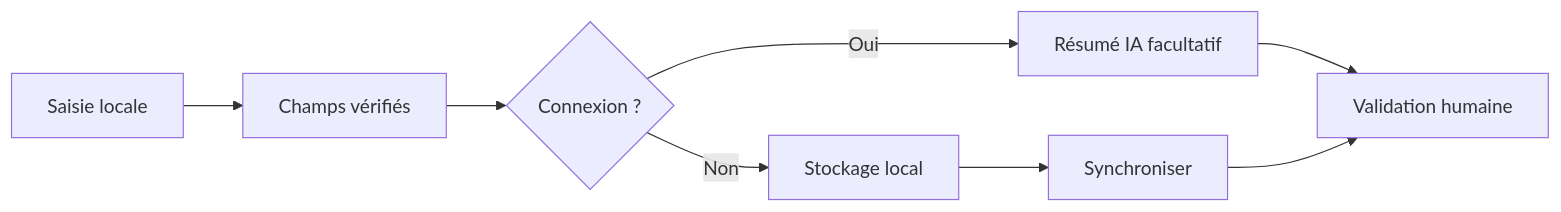
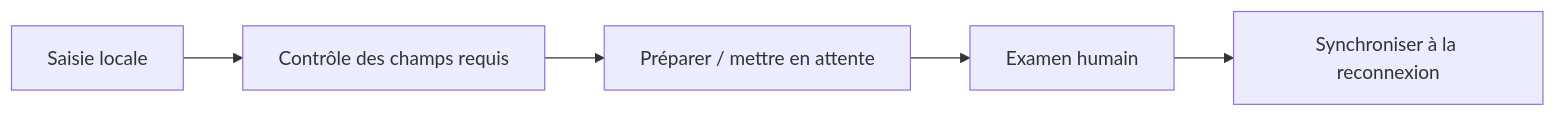
One commit to Ange230700/ibm-ai-foundations-for-everyone-notes changed the diagram in teaching/visuals/s01/fr/offline.mmd. Above: the diagram before and after it, drawn with Mermaid. The commit also changed 14 other files, not shown here.

```diff
--- a/teaching/visuals/s01/fr/offline.mmd
+++ b/teaching/visuals/s01/fr/offline.mmd
@@ -1,8 +1,5 @@
 flowchart LR
- A["Saisie locale"] --> B["Champs vérifiés"]
- B --> C{"Connexion ?"}
- C -->|Non| D["Stockage local"]
- C -->|Oui| E["Résumé IA facultatif"]
- D --> F["Synchroniser"]
- E --> G["Validation humaine"]
- F --> G
+ A["Saisie locale"] --> B["Contrôle des champs requis"]
+ B --> C["Préparer / mettre en attente"]
+ C --> D["Examen humain"]
+ D --> E["Synchroniser à la reconnexion"]
```
